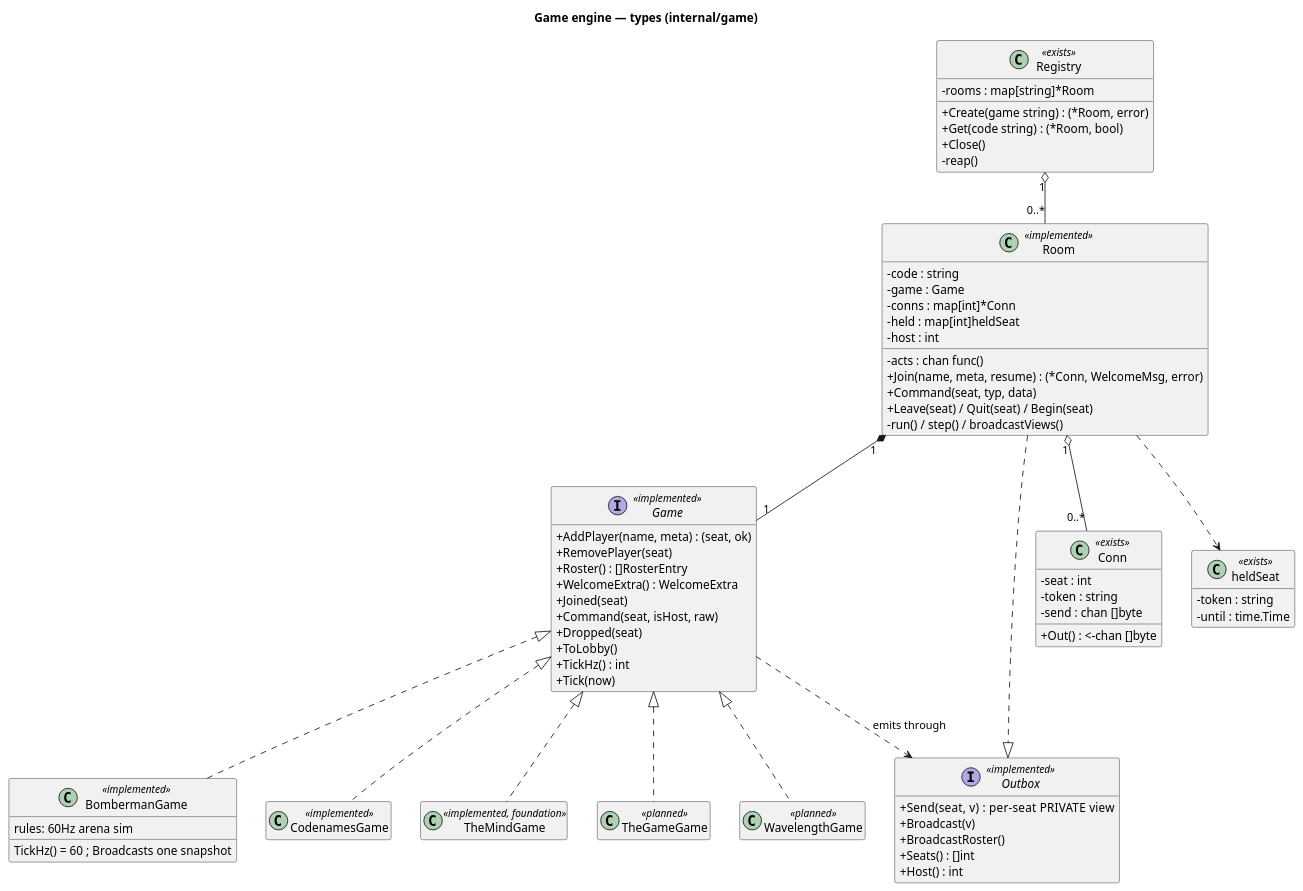
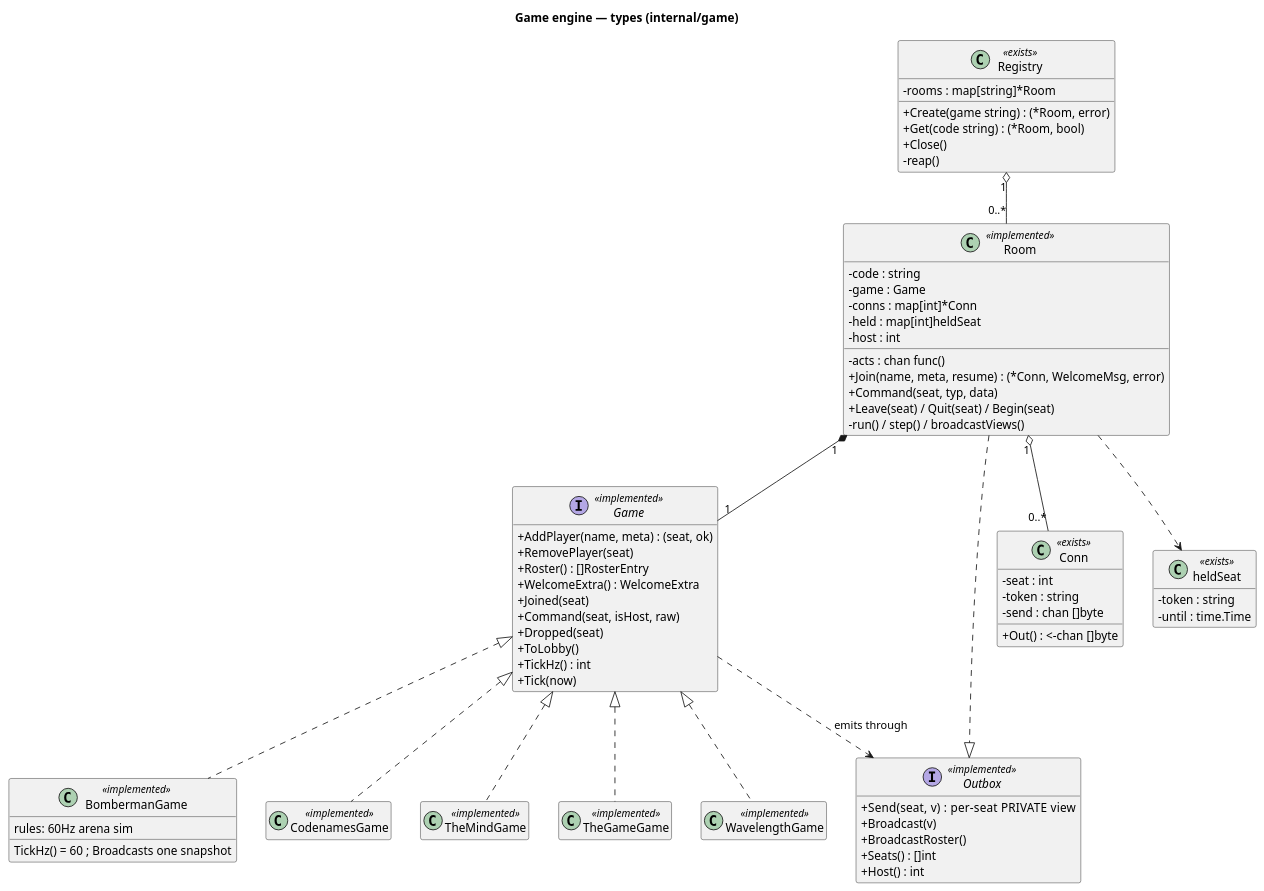
The first of 4 diagrams in docs/games-architecture.md (Niklasvdm/TotemAppIT), drawn with PlantUML before and after one commit. The commit also changed 19 other files, not shown here.

```diff
--- a/docs/games-architecture.md
+++ b/docs/games-architecture.md
@@ -101,9 +101,9 @@
   TickHz() = 60 ; Broadcasts one snapshot
 }
 class CodenamesGame <<implemented>>
-class TheMindGame <<implemented, foundation>>
-class TheGameGame <<planned>>
-class WavelengthGame <<planned>>
+class TheMindGame <<implemented>>
+class TheGameGame <<implemented>>
+class WavelengthGame <<implemented>>
 
 Registry "1" o-- "0..*" Room
 Room "1" o-- "0..*" Conn
```
